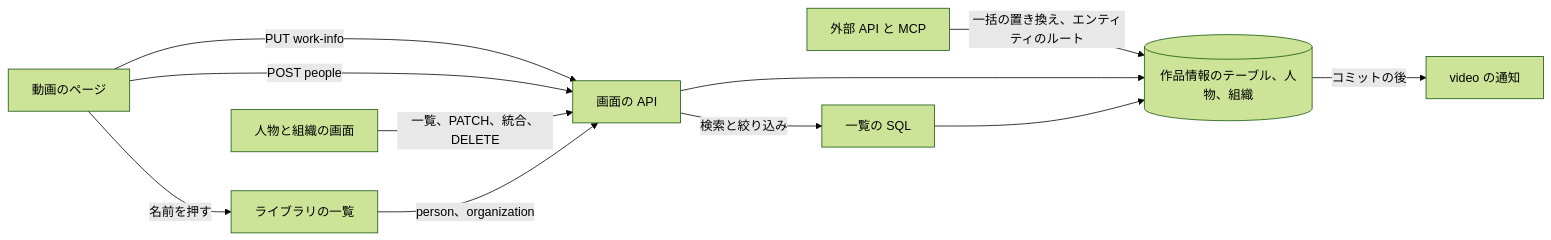
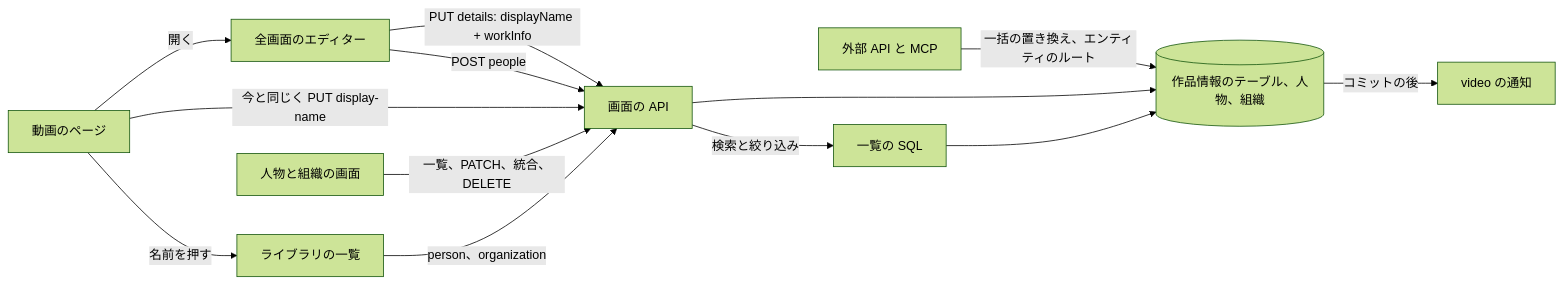
Before and after one commit to syudead/vv: the first of 2 diagrams in translations/ja/specs/047-video-work-info/plan.md, drawn with Mermaid (forest theme). The commit also changed other lines of this file and 3 other files, not shown here.

````diff
--- a/translations/ja/specs/047-video-work-info/plan.md
+++ b/translations/ja/specs/047-video-work-info/plan.md
@@ -18,13 +18,15 @@
 ```mermaid
 flowchart LR
-  page[動画のページ] -->|PUT work-info| api[画面の API]
-  page -->|POST people| api
+  page[動画のページ] -->|開く| editor[全画面のエディター]
+  editor -->|PUT details: displayName + workInfo| api[画面の API]
+  editor -->|POST people| api
+  page -->|今と同じく PUT display-name| api
   page -->|名前を押す| lib[ライブラリの一覧]
   admin[人物と組織の画面] -->|一覧、PATCH、統合、DELETE| api
   lib -->|person、organization| api
   ext[外部 API と MCP] -->|一括の置き換え、エンティティのルート| store
   api --> store[(作品情報のテーブル、人物、組織)]
   api -->|検索と絞り込み| listing[一覧の SQL]
   listing --> store
   store -->|コミットの後| events[video の通知]
 ```
````
